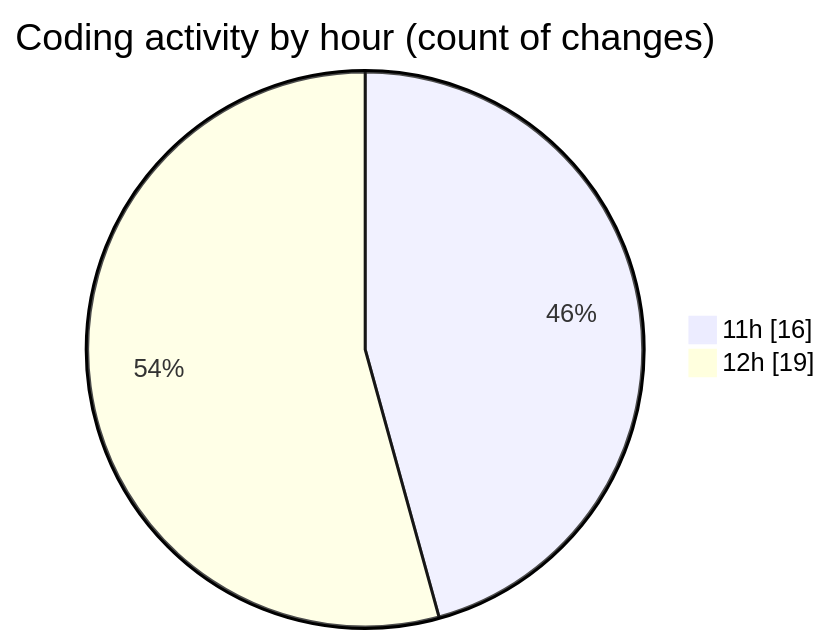
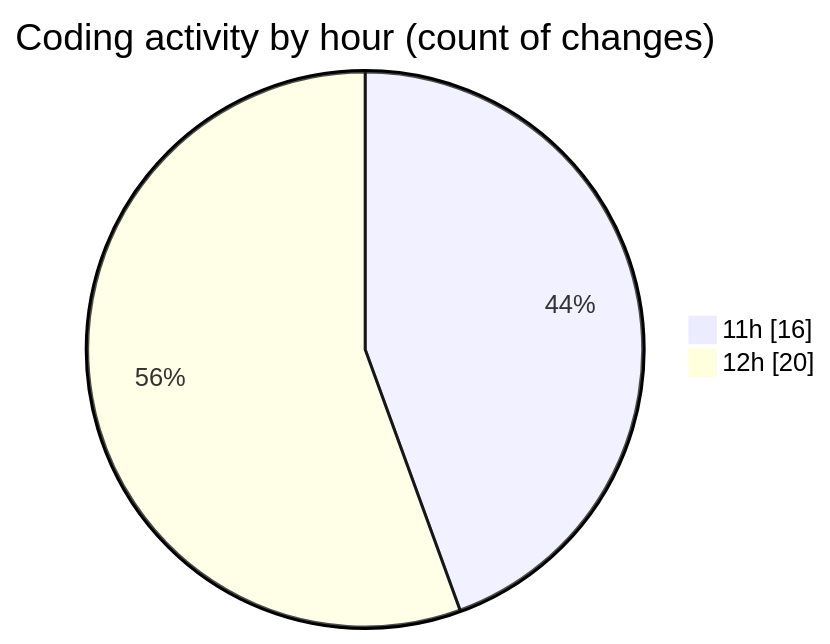
One commit to Netris89/code-tracking changed the second of 2 diagrams in 2025-03-26/back-end/README.md. Above: the diagram before and after it, drawn with Mermaid. The commit also changed other lines of this file and 1 other file, not shown here.

````diff
--- a/2025-03-26/back-end/README.md
+++ b/2025-03-26/back-end/README.md
@@ -44,6 +44,6 @@
 ```mermaid
 pie showData
 title Coding activity by hour (count of changes)
 "11h" : 16
-"12h" : 19
+"12h" : 20
 ```
````
